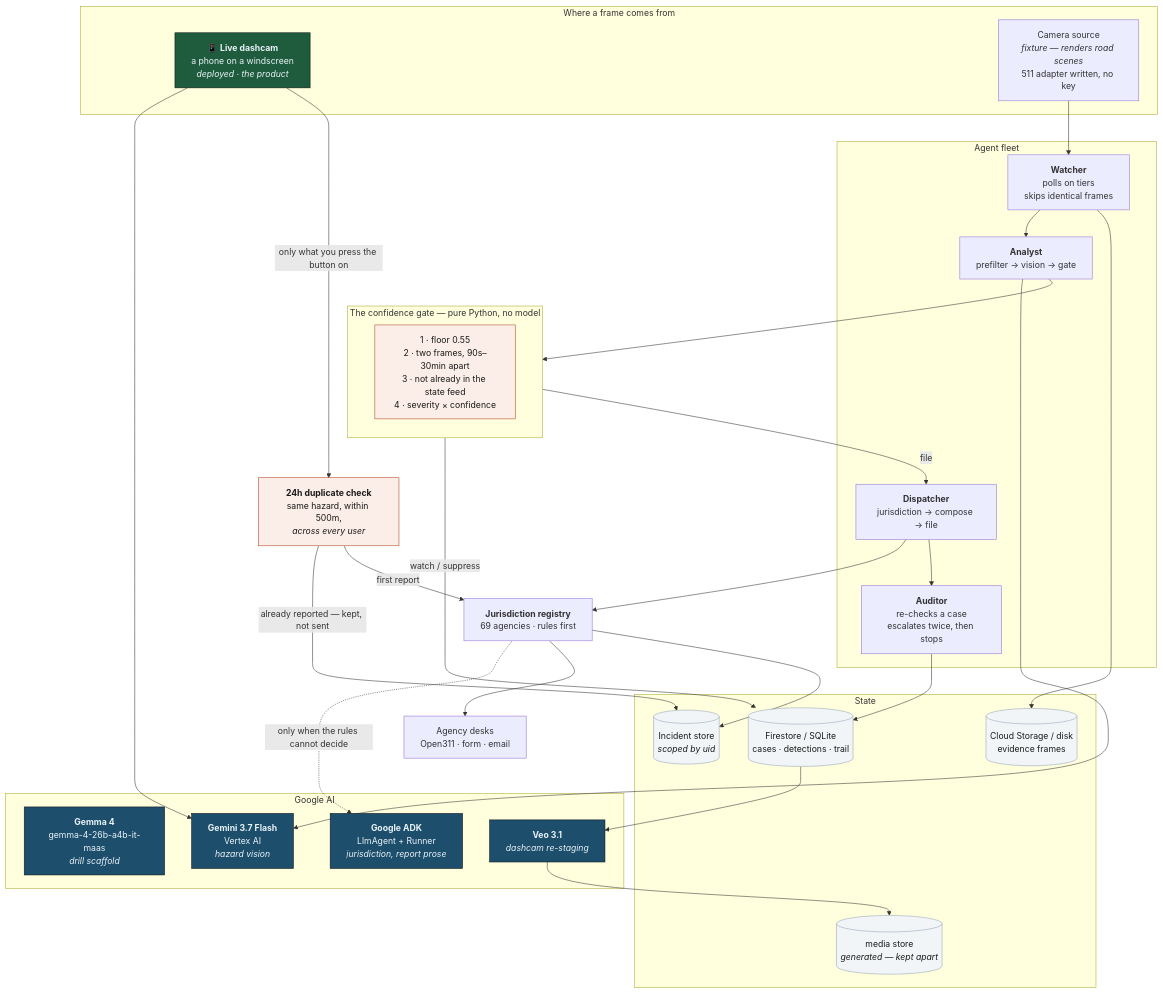
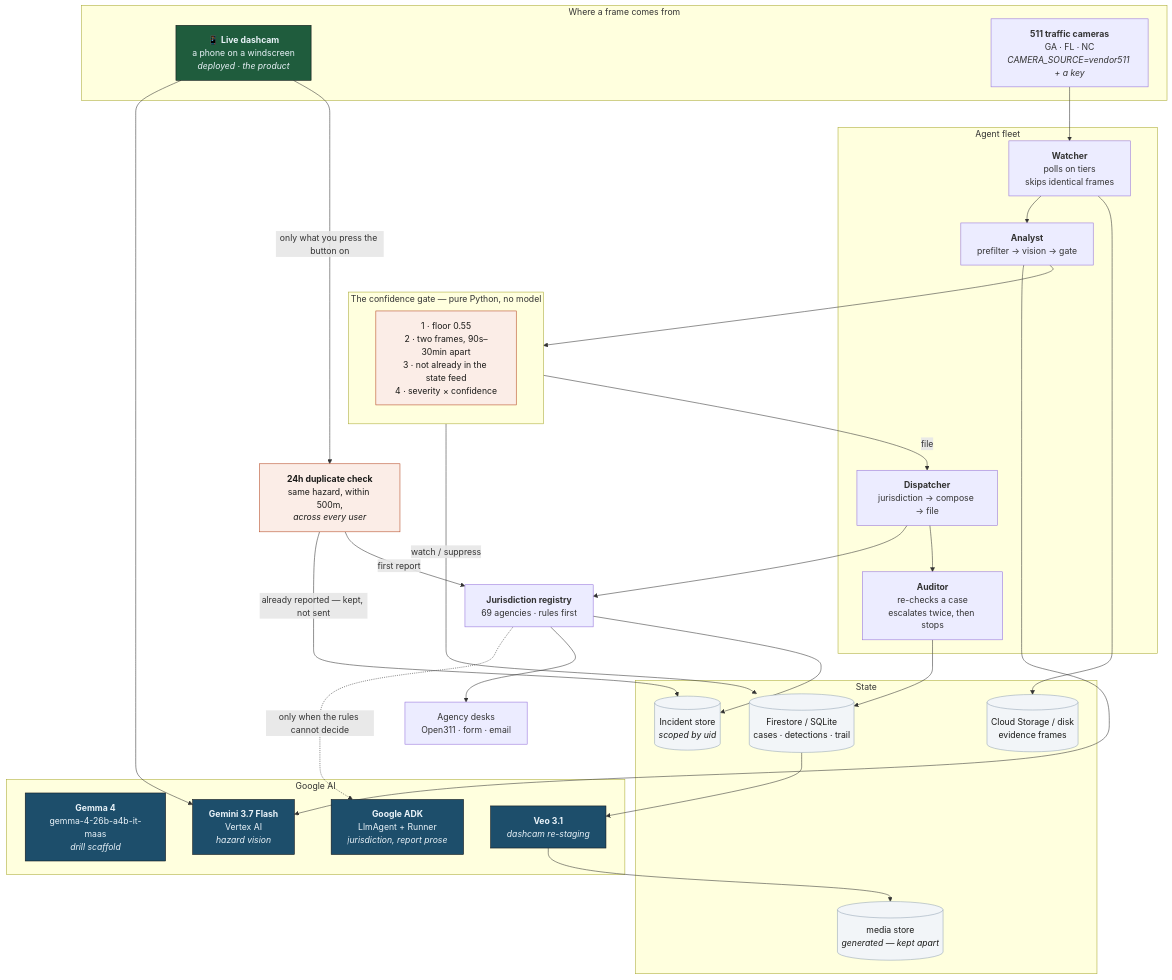
Before and after one commit to luminousyinyang/Road_Cleaner_Agent: the first of 5 diagrams in docs/diagram.md, drawn with Mermaid. The commit also changed other lines of this file and 5 other files, not shown here.

````diff
--- a/docs/diagram.md
+++ b/docs/diagram.md
@@ -35,67 +34,67 @@
 ```mermaid
 flowchart TB
     subgraph sources["Where a frame comes from"]
         phone["📱 <b>Live dashcam</b><br/>a phone on a windscreen<br/><i>deployed · the product</i>"]
-        cams["Camera source<br/><i>fixture — renders road scenes</i><br/>511 adapter written, no key"]
+        cams["<b>511 traffic cameras</b><br/>GA · FL · NC<br/><i>CAMERA_SOURCE=vendor511 + a key</i>"]
     end
 
     subgraph agents["Agent fleet"]
         watcher["<b>Watcher</b><br/>polls on tiers<br/>skips identical frames"]
         analyst["<b>Analyst</b><br/>prefilter → vision → gate"]
         dispatcher["<b>Dispatcher</b><br/>jurisdiction → compose → file"]
         auditor["<b>Auditor</b><br/>re-checks a case<br/>escalates twice, then stops"]
     end
 
     subgraph models["Google AI"]
         gemma["<b>Gemma 4</b><br/>gemma-4-26b-a4b-it-maas<br/><i>drill scaffold</i>"]
         gemini["<b>Gemini 3.7 Flash</b><br/>Vertex AI<br/><i>hazard vision</i>"]
         adk["<b>Google ADK</b><br/>LlmAgent + Runner<br/><i>jurisdiction, report prose</i>"]
         veo["<b>Veo 3.1</b><br/><i>dashcam re-staging</i>"]
     end
 
     subgraph gate["The confidence gate — pure Python, no model"]
         g["1 · floor 0.55<br/>2 · two frames, 90s–30min apart<br/>3 · not already in the state feed<br/>4 · severity × confidence"]
     end
 
     dedup["<b>24h duplicate check</b><br/>same hazard, within 500m,<br/><i>across every user</i>"]
     jur["<b>Jurisdiction registry</b><br/>69 agencies · rules first"]
 
     subgraph state["State"]
         repo[("Firestore / SQLite<br/>cases · detections · trail")]
         incidents[("Incident store<br/><i>scoped by uid</i>")]
         blobs[("Cloud Storage / disk<br/>evidence frames")]
         media[("media store<br/><i>generated — kept apart</i>")]
     end
 
     agencies["Agency desks<br/>Open311 · form · email"]
 
     %% the dashcam path — see 02-dashcam for its refusals in full
     phone --> gemini
     phone -->|"only what you press the button on"| dedup
     dedup -->|"already reported — kept, not sent"| incidents
     dedup -->|first report| jur
 
     %% the camera path
     cams --> watcher --> analyst
     analyst --> gemini
     analyst --> gate
     gate -->|watch / suppress| repo
     gate -->|file| dispatcher --> jur
     dispatcher --> auditor --> repo
 
     %% shared from here down
     jur -.->|"only when the rules cannot decide"| adk
     jur --> agencies
     jur --> incidents
     watcher --> blobs
     repo --> veo --> media
 
     classDef google fill:#1D4E6B,stroke:#0E1116,color:#EAF3F9
     classDef store fill:#F2F5F8,stroke:#94A5B4,color:#1A1A18
     classDef guard fill:#FBEDE7,stroke:#B4451F,color:#1A1A18
     classDef live fill:#1F5C3D,stroke:#0E1116,color:#EAF3F9
     class gemma,gemini,adk,veo google
     class repo,blobs,media,incidents store
     class g,dedup,noloc guard
     class phone live
 ```
````
